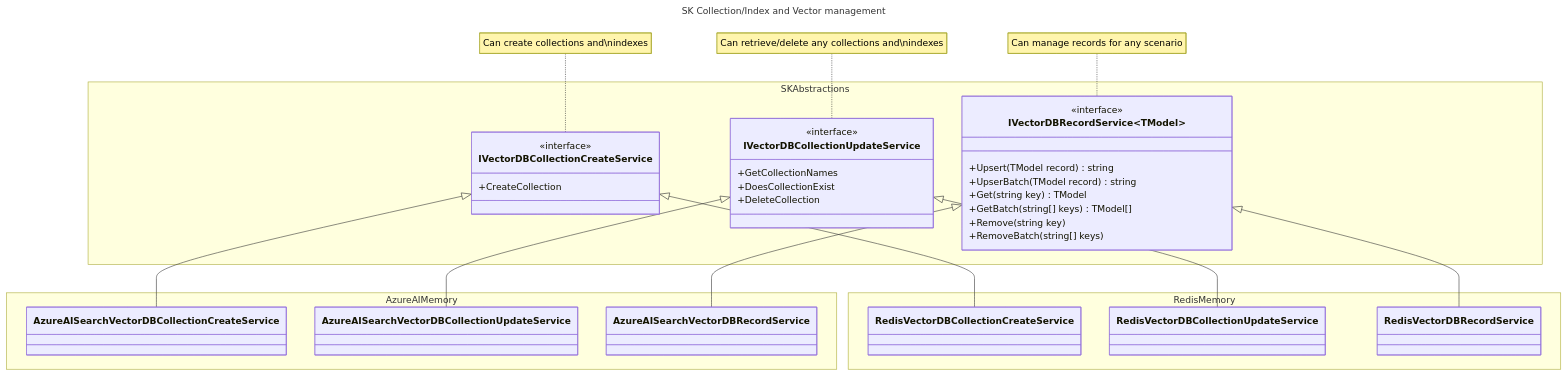
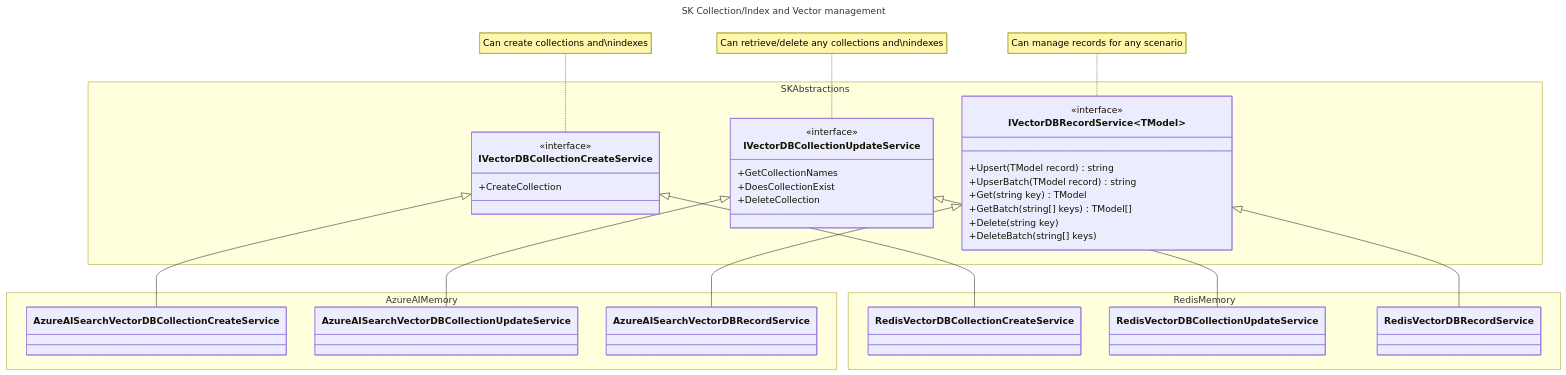
One commit to microsoft/semantic-kernel changed the first of 2 diagrams in docs/decisions/0045-updated-vector-store-design.md. Above: the diagram before and after it, drawn with Mermaid. The commit also changed other lines of this file and 2 other files, not shown here.

Commit message:
Rename "rename" to "delete" since it more accurately reflects impact of operation and improves consistency with future collection interface design.

````diff
--- a/docs/decisions/0045-updated-vector-store-design.md
+++ b/docs/decisions/0045-updated-vector-store-design.md
@@ -86,63 +86,63 @@
 ```mermaid
 ---
 title: SK Collection/Index and Vector management
 ---
 classDiagram
     note for IVectorDBRecordService "Can manage records for any scenario"
     note for IVectorDBCollectionCreateService "Can create collections and\nindexes"
     note for IVectorDBCollectionUpdateService "Can retrieve/delete any collections and\nindexes"
 
     namespace SKAbstractions{
         class IVectorDBCollectionCreateService{
             <<interface>>
             +CreateCollection
         }
 
         class IVectorDBCollectionUpdateService{
             <<interface>>
             +GetCollectionNames
             +DoesCollectionExist
             +DeleteCollection
         }
 
         class IVectorDBRecordService~TModel~{
             <<interface>>
             +Upsert(TModel record) string
             +UpserBatch(TModel record) string
             +Get(string key) TModel
             +GetBatch(string[] keys) TModel[]
-            +Remove(string key)
-            +RemoveBatch(string[] keys)
+            +Delete(string key)
+            +DeleteBatch(string[] keys)
         }
     }
 
     namespace AzureAIMemory{
         class AzureAISearchVectorDBCollectionCreateService{
         }
 
         class AzureAISearchVectorDBCollectionUpdateService{
         }
 
         class AzureAISearchVectorDBRecordService{
         }
     }
 
     namespace RedisMemory{
         class RedisVectorDBCollectionCreateService{
         }
 
         class RedisVectorDBCollectionUpdateService{
         }
 
         class RedisVectorDBRecordService{
         }
     }
 
     IVectorDBCollectionCreateService <|-- AzureAISearchVectorDBCollectionCreateService
     IVectorDBCollectionUpdateService <|-- AzureAISearchVectorDBCollectionUpdateService
     IVectorDBRecordService <|-- AzureAISearchVectorDBRecordService
 
     IVectorDBCollectionCreateService <|-- RedisVectorDBCollectionCreateService
     IVectorDBCollectionUpdateService <|-- RedisVectorDBCollectionUpdateService
     IVectorDBRecordService <|-- RedisVectorDBRecordService
 ```
````
